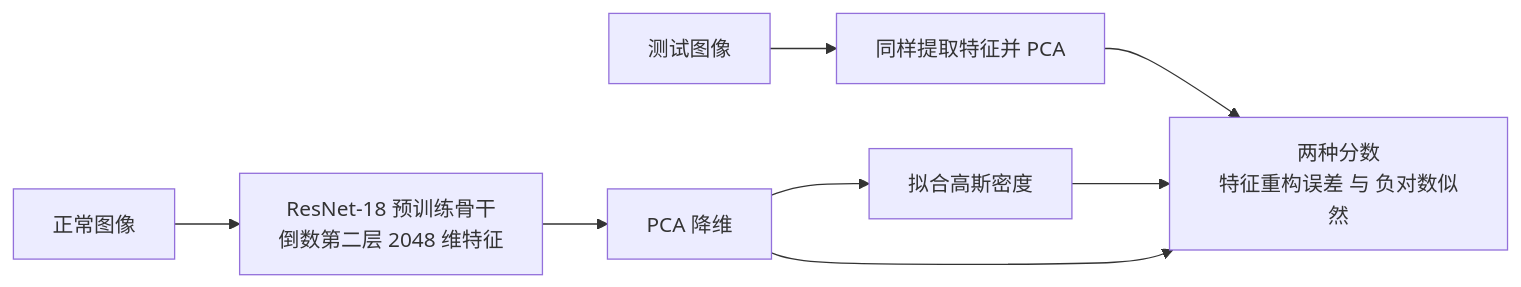
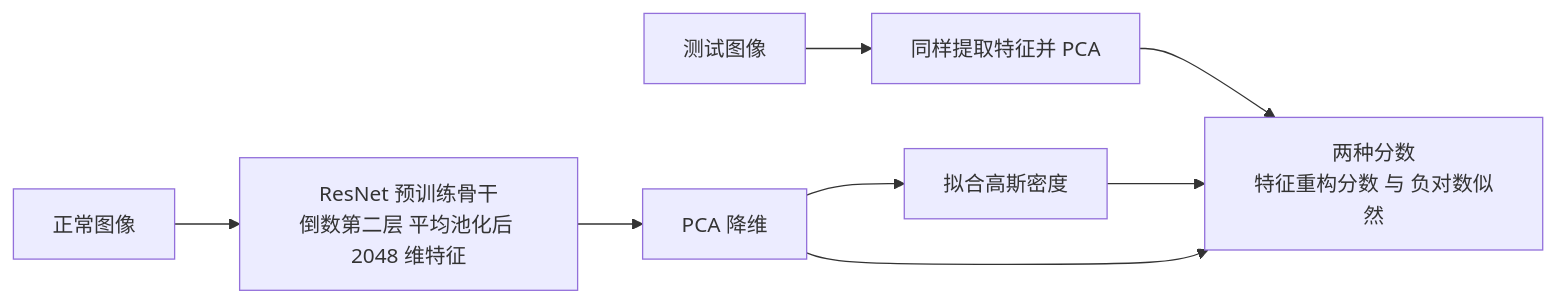
The diagram in docs/0740_paper_DFM.md (junxnone/aiwiki), drawn with Mermaid before and after one commit. The commit also changed other lines of this file and 1 other file, not shown here.

````diff
--- a/docs/0740_paper_DFM.md
+++ b/docs/0740_paper_DFM.md
@@ -21,10 +67,10 @@
 ```mermaid
 graph LR
-    A["正常图像"] --> B["ResNet-18 预训练骨干<br/>倒数第二层 2048 维特征"]
+    A["正常图像"] --> B["ResNet 预训练骨干<br/>倒数第二层 平均池化后 2048 维特征"]
     B --> C["PCA 降维"]
     C --> D["拟合高斯密度"]
     T["测试图像"] --> E["同样提取特征并 PCA"]
-    E --> F["两种分数<br/>特征重构误差 与 负对数似然"]
+    E --> F["两种分数<br/>特征重构分数 与 负对数似然"]
     D --> F
     C --> F
 ```
````
